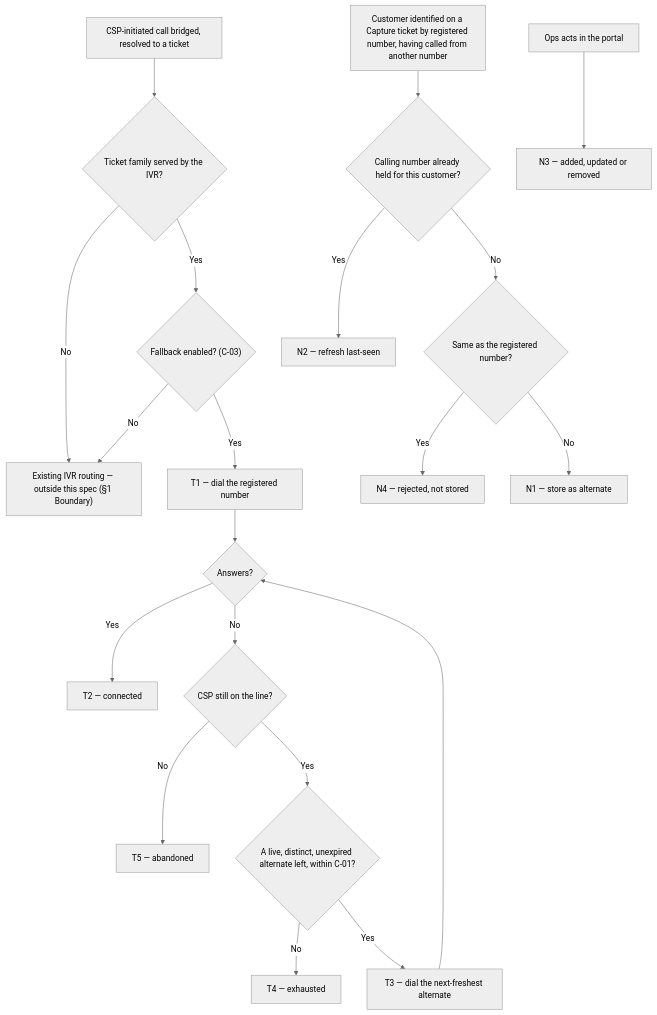
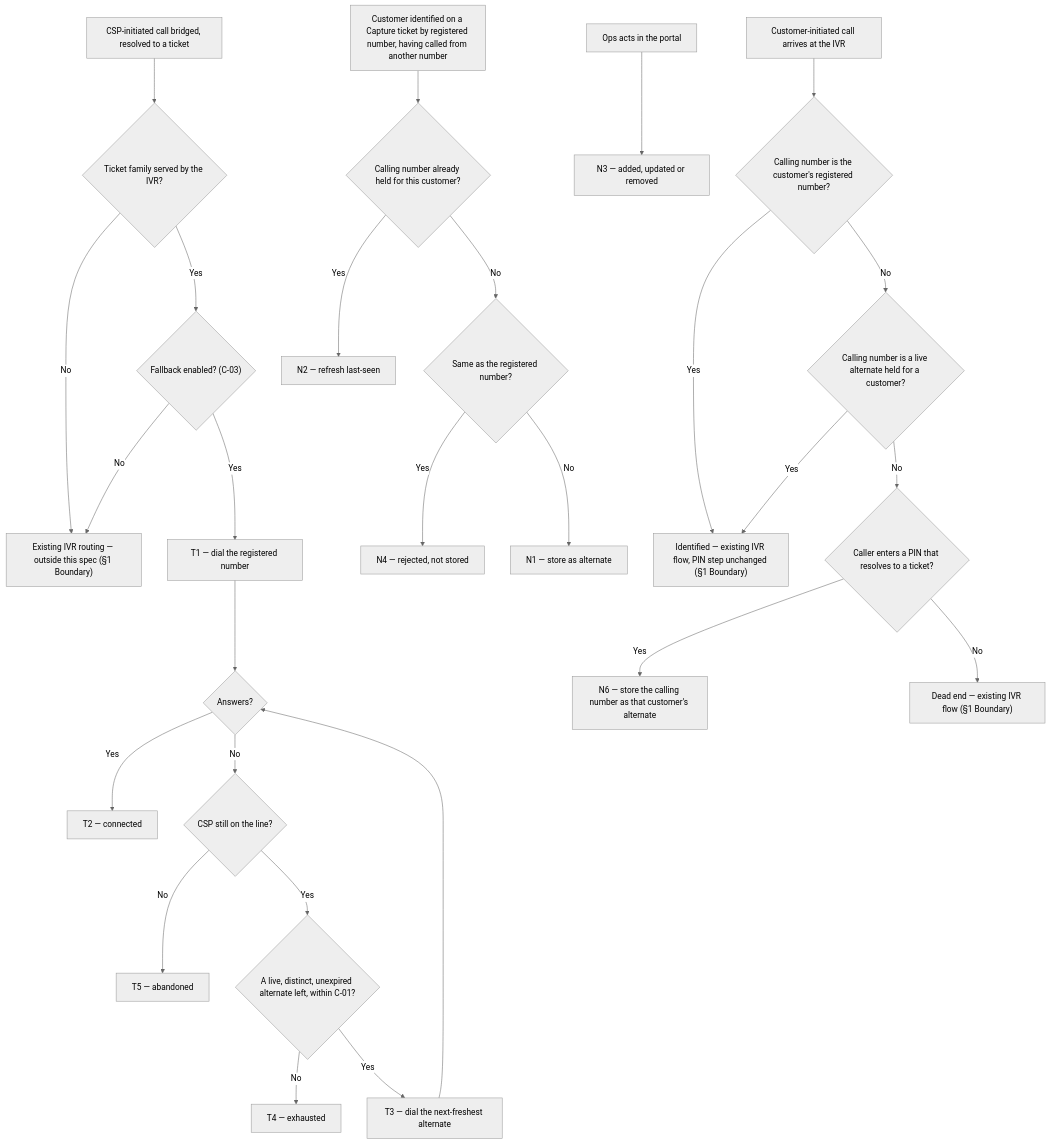
One commit to ashish-raj-wiom/ivr-alternate-number changed the diagram in IVR_Alternate_Number_PRD.md. Above: the diagram before and after it, drawn with Mermaid (neutral theme). The commit also changed other lines of this file and 1 other file, not shown here.

````diff
--- a/IVR_Alternate_Number_PRD.md
+++ b/IVR_Alternate_Number_PRD.md
@@ -79,22 +86,29 @@
 ```mermaid
 flowchart TD
     A["CSP-initiated call bridged, resolved to a ticket"] --> B{"Ticket family served by the IVR?"}
     B -- "No" --> C["Existing IVR routing — outside this spec (§1 Boundary)"]
     B -- "Yes" --> D{"Fallback enabled? (C-03)"}
     D -- "No" --> C
     D -- "Yes" --> E["T1 — dial the registered number"]
     E --> F{"Answers?"}
     F -- "Yes" --> G["T2 — connected"]
     F -- "No" --> H{"CSP still on the line?"}
     H -- "No" --> I["T5 — abandoned"]
     H -- "Yes" --> J{"A live, distinct, unexpired alternate left, within C-01?"}
     J -- "No" --> K["T4 — exhausted"]
     J -- "Yes" --> L["T3 — dial the next-freshest alternate"]
     L --> F
     M["Customer identified on a Capture ticket by registered number, having called from another number"] --> N{"Calling number already held for this customer?"}
     N -- "Yes" --> O["N2 — refresh last-seen"]
     N -- "No" --> P{"Same as the registered number?"}
     P -- "Yes" --> Q["N4 — rejected, not stored"]
     P -- "No" --> R["N1 — store as alternate"]
     S["Ops acts in the portal"] --> T["N3 — added, updated or removed"]
+    U["Customer-initiated call arrives at the IVR"] --> V{"Calling number is the customer's registered number?"}
+    V -- "Yes" --> W["Identified — existing IVR flow, PIN step unchanged (§1 Boundary)"]
+    V -- "No" --> X{"Calling number is a live alternate held for a customer?"}
+    X -- "Yes" --> W
+    X -- "No" --> Y{"Caller enters a PIN that resolves to a ticket?"}
+    Y -- "Yes" --> Z["N6 — store the calling number as that customer's alternate"]
+    Y -- "No" --> AA["Dead end — existing IVR flow (§1 Boundary)"]
 ```
````
